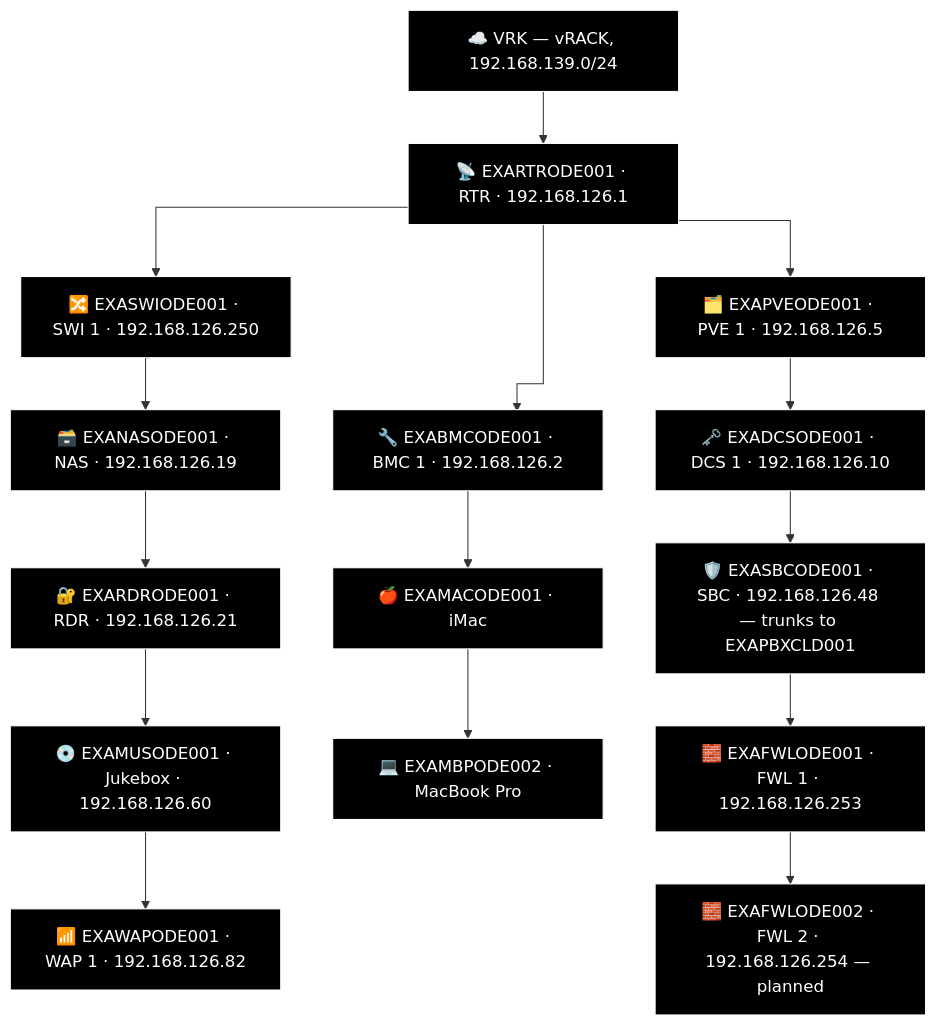
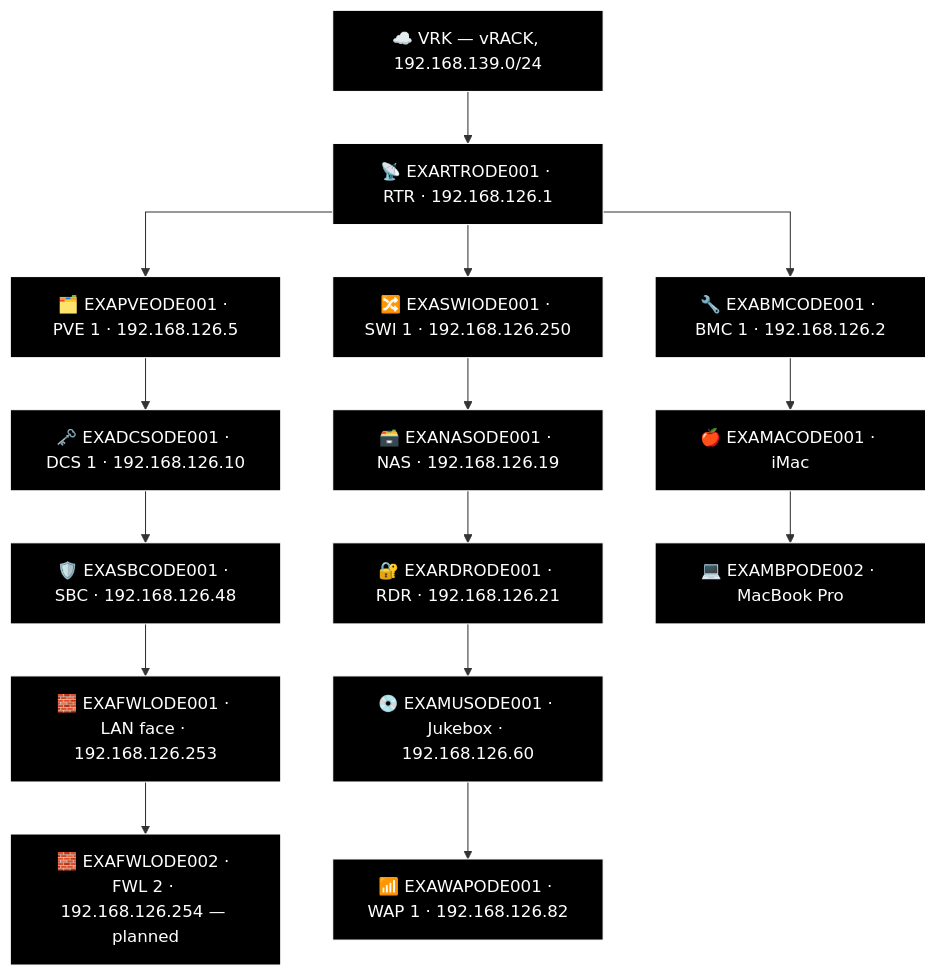
One commit to knightmare2600/example_music_infra changed the third of 11 diagrams in docs/network-diagram/danmark.md. Above: the diagram before and after it, drawn with Mermaid. The commit also changed other lines of this file and 31 other files, not shown here.

````diff
--- a/docs/network-diagram/danmark.md
+++ b/docs/network-diagram/danmark.md
@@ -120,46 +120,43 @@
 ```mermaid
+%% GENERATED:TOPOLOGY:ODE:START
 %%{init: {'flowchart': {'curve': 'stepAfter'}}}%%
 graph TD
     T_VRK["☁️ VRK — vRACK, 192.168.139.0/24"]
     T_RTR["📡 EXARTRODE001 · RTR · 192.168.126.1"]
+    T_VRK --> T_RTR
+    T_BMC["🔧 EXABMCODE001 · BMC 1 · 192.168.126.2"]
+    T_RTR --> T_BMC
+    T_PVE["🗂️ EXAPVEODE001 · PVE 1 · 192.168.126.5"]
+    T_RTR --> T_PVE
     T_SWI["🔀 EXASWIODE001 · SWI 1 · 192.168.126.250"]
-    T_BMC1["🔧 EXABMCODE001 · BMC 1 · 192.168.126.2"]
-    T_PVE1["🗂️ EXAPVEODE001 · PVE 1 · 192.168.126.5"]
+    T_RTR --> T_SWI
     T_NAS["🗃️ EXANASODE001 · NAS · 192.168.126.19"]
     T_RDR["🔐 EXARDRODE001 · RDR · 192.168.126.21"]
     T_MUS["💿 EXAMUSODE001 · Jukebox · 192.168.126.60"]
     T_WAP["📶 EXAWAPODE001 · WAP 1 · 192.168.126.82"]
+    T_SWI --> T_NAS --> T_RDR --> T_MUS --> T_WAP
+    T_DCS["🗝️ EXADCSODE001 · DCS 1 · 192.168.126.10"]
+    T_SBC["🛡️ EXASBCODE001 · SBC · 192.168.126.48"]
+    T_FWL["🧱 EXAFWLODE001 · LAN face · 192.168.126.253"]
+    T_FWL2["🧱 EXAFWLODE002 · FWL 2 · 192.168.126.254 — planned"]
+    T_PVE --> T_DCS --> T_SBC --> T_FWL --> T_FWL2
     T_MAC["🍎 EXAMACODE001 · iMac"]
     T_MBP["💻 EXAMBPODE002 · MacBook Pro"]
-    T_DCS["🗝️ EXADCSODE001 · DCS 1 · 192.168.126.10"]
-    T_SBC["🛡️ EXASBCODE001 · SBC · 192.168.126.48 — trunks to EXAPBXCLD001"]
-    T_FWL["🧱 EXAFWLODE001 · FWL 1 · 192.168.126.253"]
-    T_FWL2["🧱 EXAFWLODE002 · FWL 2 · 192.168.126.254 — planned"]
-
-    T_VRK --> T_RTR
-    T_RTR --> T_SWI
-    T_RTR --> T_PVE1
-    T_SWI ~~~ T_BMC1
-
-    T_RTR --> T_BMC1 --> T_MAC --> T_MBP
-
-    T_SWI --> T_NAS --> T_RDR --> T_MUS --> T_WAP
-
-    T_PVE1 --> T_DCS --> T_SBC --> T_FWL --> T_FWL2
-
+    T_BMC --> T_MAC --> T_MBP
     style T_VRK fill:#000000,stroke:#FFFFFF,color:#FFFFFF
     style T_RTR fill:#000000,stroke:#FFFFFF,color:#FFFFFF
+    style T_BMC fill:#000000,stroke:#FFFFFF,color:#FFFFFF
+    style T_PVE fill:#000000,stroke:#FFFFFF,color:#FFFFFF
     style T_SWI fill:#000000,stroke:#FFFFFF,color:#FFFFFF
-    style T_BMC1 fill:#000000,stroke:#FFFFFF,color:#FFFFFF
-    style T_PVE1 fill:#000000,stroke:#FFFFFF,color:#FFFFFF
     style T_NAS fill:#000000,stroke:#FFFFFF,color:#FFFFFF
     style T_RDR fill:#000000,stroke:#FFFFFF,color:#FFFFFF
     style T_MUS fill:#000000,stroke:#FFFFFF,color:#FFFFFF
     style T_WAP fill:#000000,stroke:#FFFFFF,color:#FFFFFF
-    style T_MAC fill:#000000,stroke:#FFFFFF,color:#FFFFFF
-    style T_MBP fill:#000000,stroke:#FFFFFF,color:#FFFFFF
     style T_DCS fill:#000000,stroke:#FFFFFF,color:#FFFFFF
     style T_SBC fill:#000000,stroke:#FFFFFF,color:#FFFFFF
     style T_FWL fill:#000000,stroke:#FFFFFF,color:#FFFFFF
     style T_FWL2 fill:#000000,stroke:#FFFFFF,color:#FFFFFF
+    style T_MAC fill:#000000,stroke:#FFFFFF,color:#FFFFFF
+    style T_MBP fill:#000000,stroke:#FFFFFF,color:#FFFFFF
+%% GENERATED:TOPOLOGY:ODE:END
 ```
````
